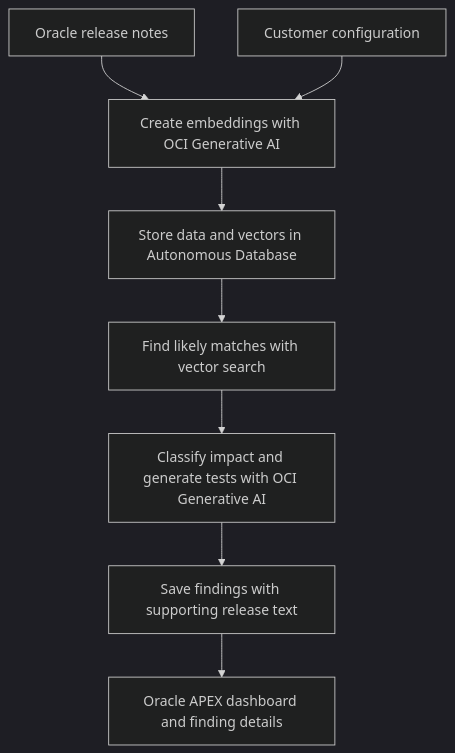
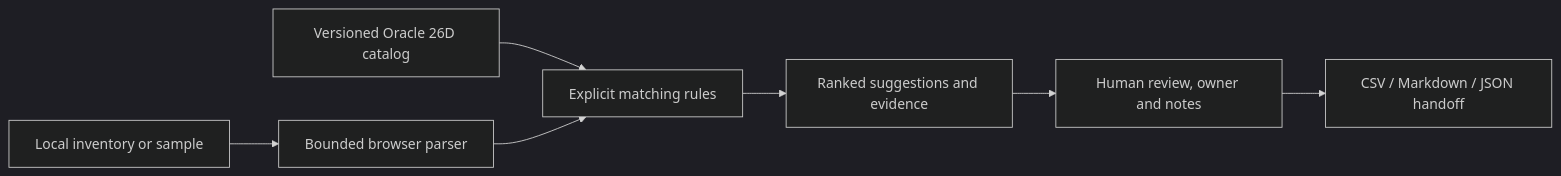
The diagram in README.md (sorji123/Release-Radar--Team_4-OCI), drawn with Mermaid (dark theme) before and after one commit. The commit also changed other lines of this file and 21 other files, not shown here.

Commit message:
Strengthen release review workflow and rubric submission evidence

````diff
--- a/README.md
+++ b/README.md
@@ -98,10 +81,9 @@
 ```mermaid
-flowchart TD
-    A[Oracle release notes] --> C[Create embeddings with OCI Generative AI]
-    B[Customer configuration] --> C
-    C --> D[Store data and vectors in Autonomous Database]
-    D --> E[Find likely matches with vector search]
-    E --> F[Classify impact and generate tests with OCI Generative AI]
-    F --> G[Save findings with supporting release text]
-    G --> H[Oracle APEX dashboard and finding details]
+flowchart LR
+  A[Local inventory or sample] --> B[Bounded browser parser]
+  C[Versioned Oracle 26D catalog] --> D[Explicit matching rules]
+  B --> D
+  D --> E[Ranked suggestions and evidence]
+  E --> F[Human review, owner and notes]
+  F --> G[CSV / Markdown / JSON handoff]
 ```
````
